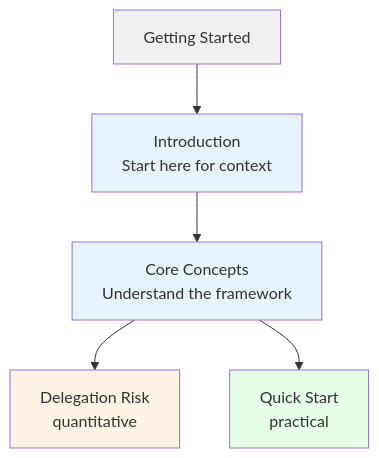
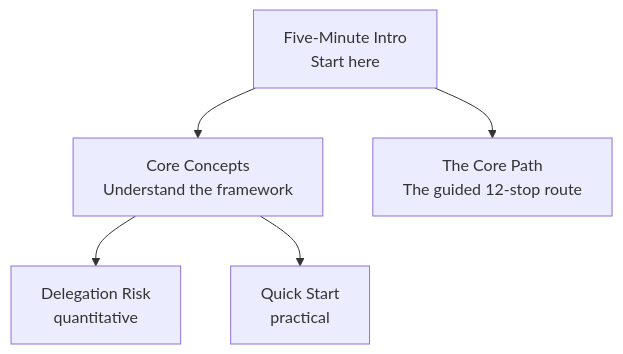
One commit to quantified-uncertainty/cairn changed the diagram in apps/delegation-risk/src/content/docs/getting-started/index.md. Above: the diagram before and after it, drawn with Mermaid. The commit also changed other lines of this file and 62 other files, not shown here.

````diff
--- a/apps/delegation-risk/src/content/docs/getting-started/index.md
+++ b/apps/delegation-risk/src/content/docs/getting-started/index.md
@@ -44,14 +47,8 @@
 ```mermaid
 flowchart TB
-    GS[Getting Started]
-    GS --> I[Introduction<br/>Start here for context]
-    I --> CC[Core Concepts<br/>Understand the framework]
+    FMI[Five-Minute Intro<br/>Start here]
+    FMI --> CC[Core Concepts<br/>Understand the framework]
+    FMI --> CP[The Core Path<br/>The guided 12-stop route]
     CC --> F[Delegation Risk<br/>quantitative]
     CC --> QS[Quick Start<br/>practical]
-
-    style GS fill:#f0f0f0
-    style I fill:#e6f3ff
-    style CC fill:#e6f3ff
-    style F fill:#fff3e6
-    style QS fill:#e6ffe6
 ```
````
